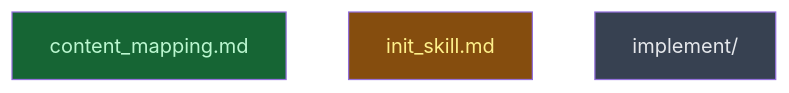
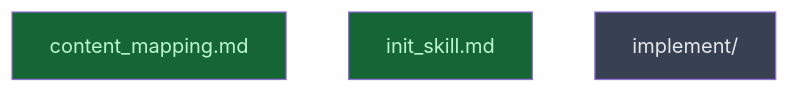
The diagram in __roadmap__/create-committing-changes-skill/README.md (CrackingShells/cracking-shells-playbook), drawn with Mermaid before and after one commit. The commit also changed other lines of this file and 1 other file, not shown here.

Commit message:
chore(committing-changes): initialize skill directory scaffold

````diff
--- a/__roadmap__/create-committing-changes-skill/README.md
+++ b/__roadmap__/create-committing-changes-skill/README.md
@@ -33,11 +33,11 @@
 ```mermaid
 graph TD
     content_mapping[content_mapping.md]:::done
-    init_skill[init_skill.md]:::inprogress
+    init_skill[init_skill.md]:::done
     implement[implement/]:::planned
     classDef done fill:#166534,color:#bbf7d0
     classDef inprogress fill:#854d0e,color:#fef08a
     classDef planned fill:#374151,color:#e5e7eb
     classDef amendment fill:#1e3a5f,color:#bfdbfe
     classDef blocked fill:#7f1d1d,color:#fecaca
 ```
````
